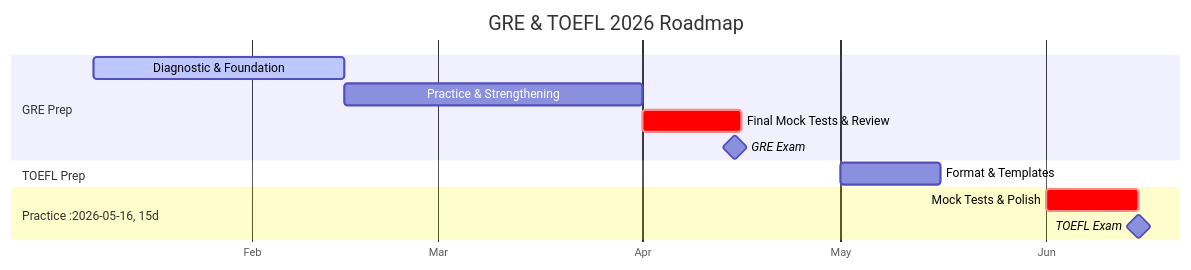
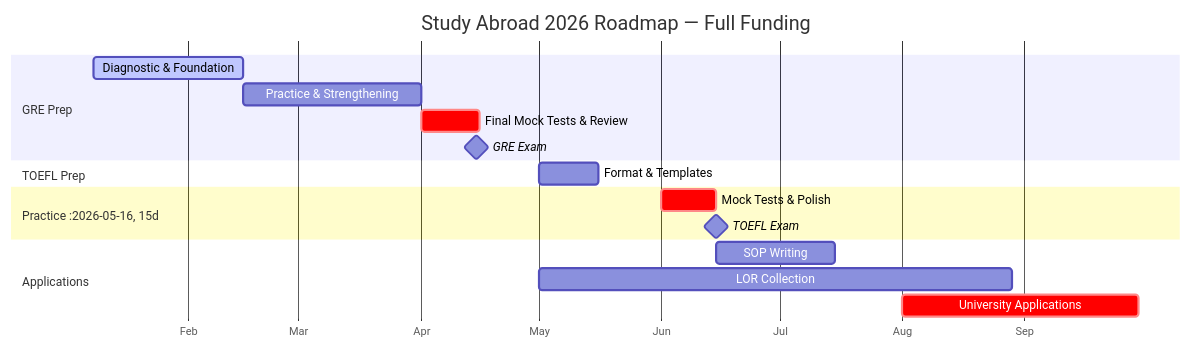
Before and after one commit to taifur-rahaman/NEXTSTOP---ABROAD: the second of 2 diagrams in README.md, drawn with Mermaid. The commit also changed other lines of this file, not shown here.

````diff
--- a/README.md
+++ b/README.md
@@ -191,18 +270,23 @@
 ```mermaid
 gantt
-    title GRE & TOEFL 2026 Roadmap
+    title Study Abroad 2026 Roadmap — Full Funding
     dateFormat  YYYY-MM-DD
     axisFormat  %b
 
     section GRE Prep
     Diagnostic & Foundation      :active, a1, 2026-01-08, 2026-02-15
     Practice & Strengthening     :a2, after a1, 45d
     Final Mock Tests & Review    :crit, a3, after a2, 15d
     GRE Exam                     :milestone, 2026-04-15, 0d
 
     section TOEFL Prep
     Format & Templates           :2026-05-01, 15d
     Section Practice             :2026-05-16, 15d
     Mock Tests & Polish          :crit, 2026-06-01, 14d
     TOEFL Exam                   :milestone, 2026-06-15, 0d
+
+    section Applications
+    SOP Writing                  :2026-06-15, 30d
+    LOR Collection               :2026-05-01, 120d
+    University Applications      :crit, 2026-08-01, 60d
 ```
````
